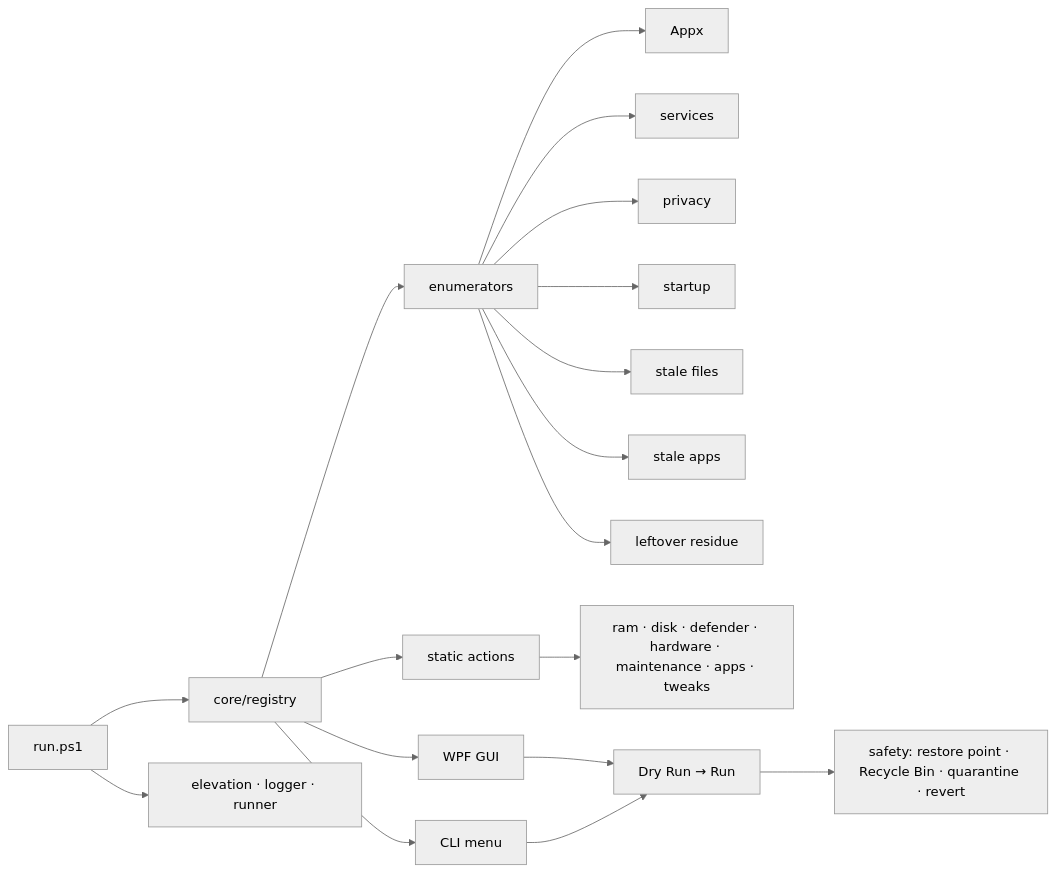
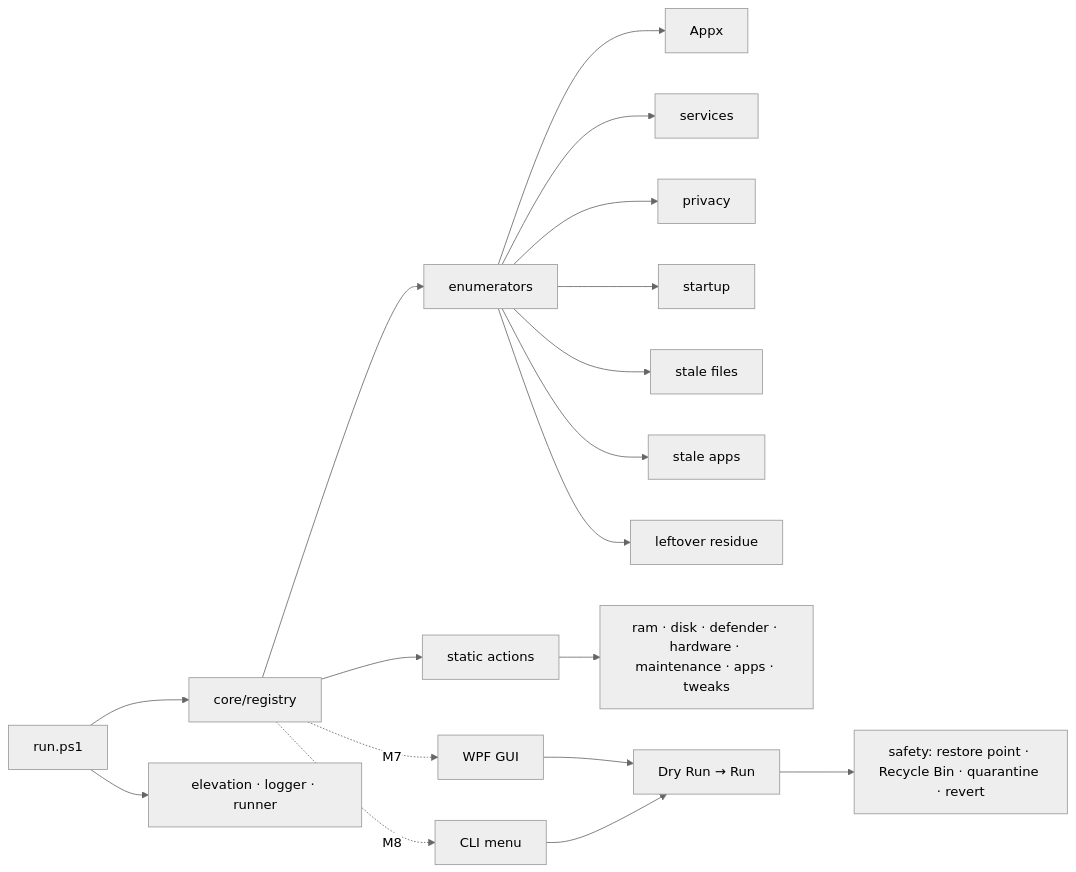
One commit to 0xRnato/win10tools changed the diagram in README.md. Above: the diagram before and after it, drawn with Mermaid (neutral theme). The commit also changed other lines of this file, not shown here.

````diff
--- a/README.md
+++ b/README.md
@@ -38,20 +46,20 @@
 ```mermaid
 flowchart LR
     A[run.ps1] --> B[core/registry]
     A --> C[elevation · logger · runner]
     B --> D[static actions]
     B --> E[enumerators]
     E --> E1[Appx]
     E --> E2[services]
     E --> E3[privacy]
     E --> E4[startup]
     E --> E5[stale files]
     E --> E6[stale apps]
     E --> E7[leftover residue]
     D --> F[ram · disk · defender · hardware · maintenance · apps · tweaks]
-    B --> G[WPF GUI]
-    B --> H[CLI menu]
+    B -. M7 .-> G[WPF GUI]
+    B -. M8 .-> H[CLI menu]
     G --> I[Dry Run → Run]
     H --> I
     I --> J[safety: restore point · Recycle Bin · quarantine · revert]
 ```
````
